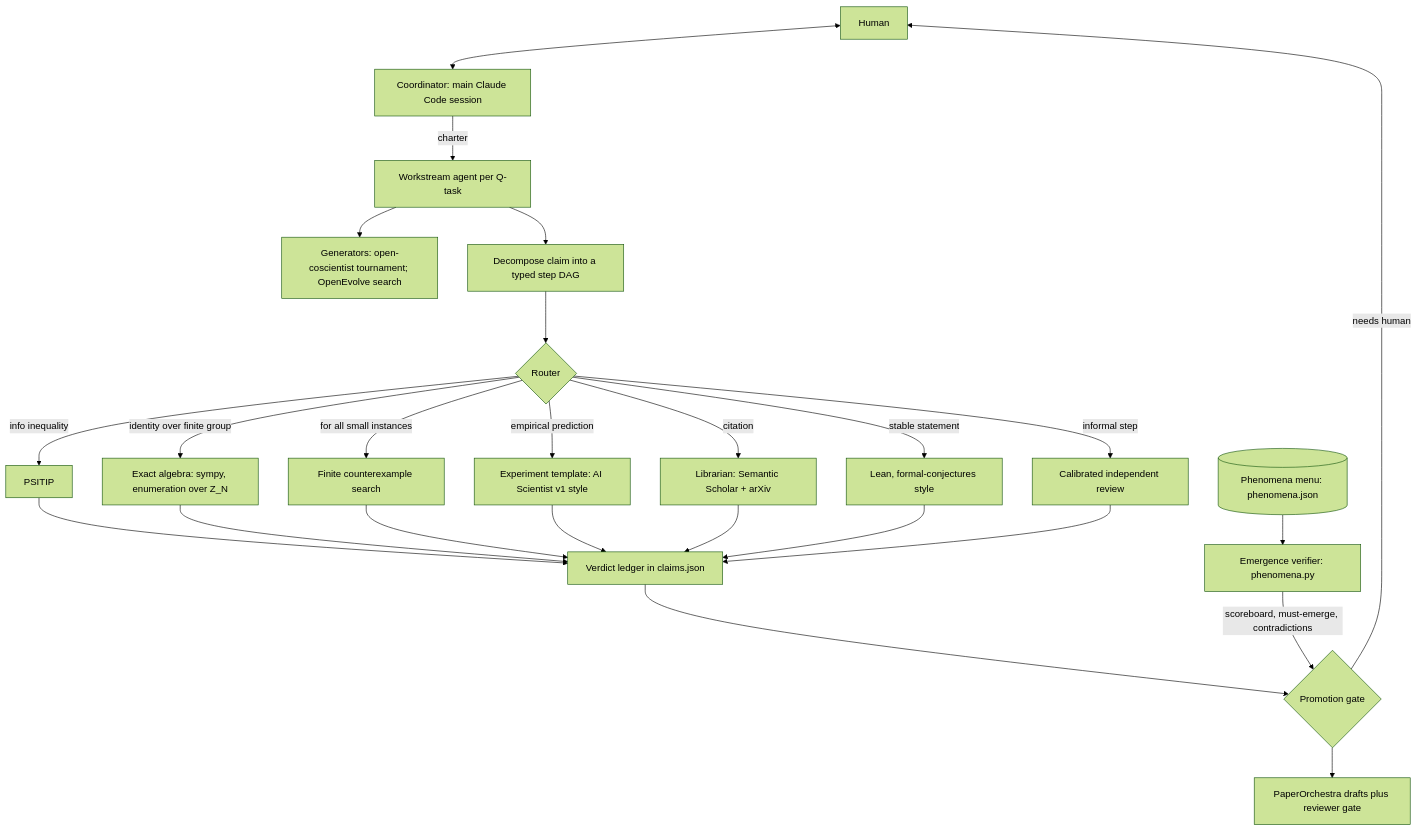
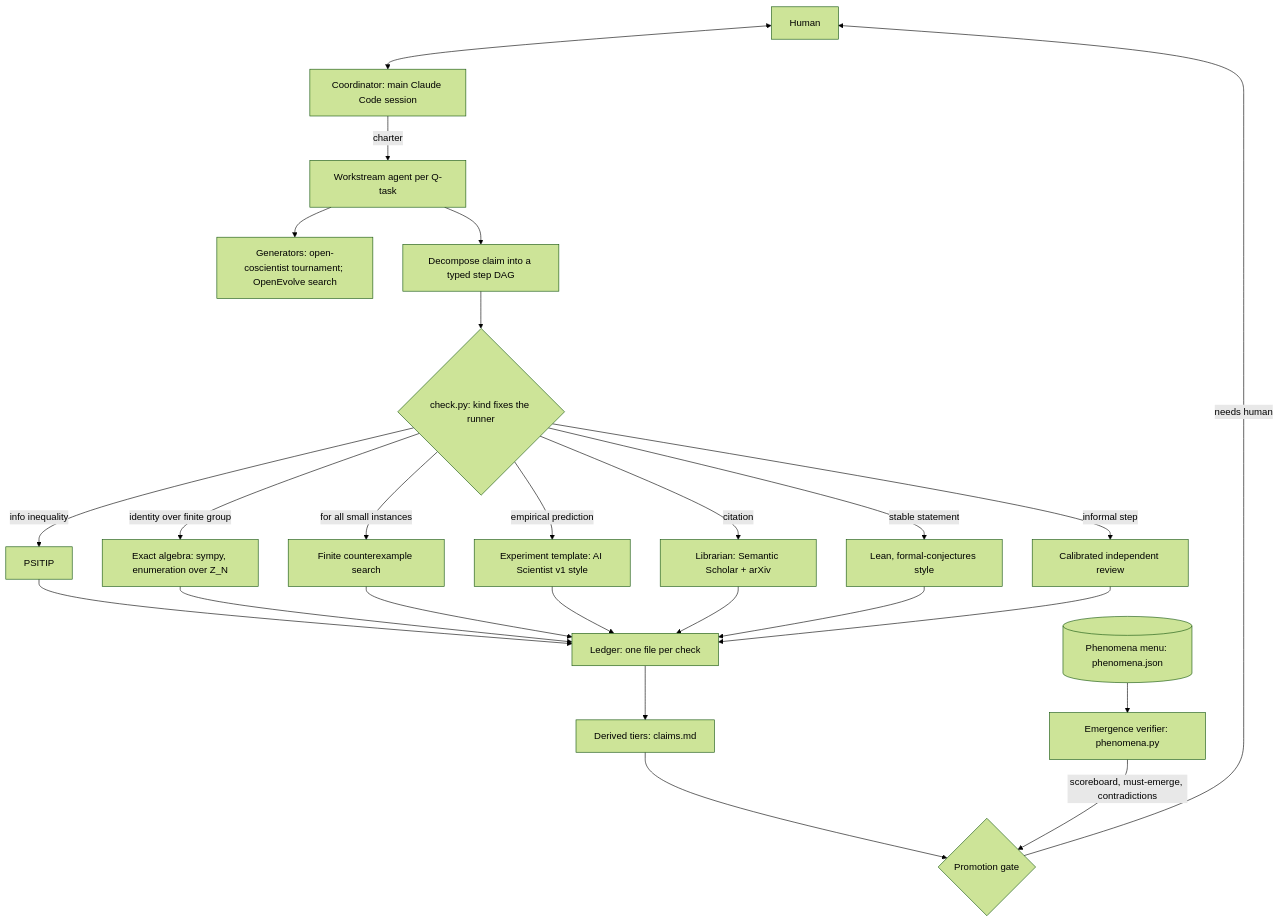
Before and after one commit to sbutner/effective-octo-chainsaw: the diagram in program/harness.md, drawn with Mermaid (forest theme). The commit also changed other lines of this file and 25 other files, not shown here.

First line of the commit message:
Remove PaperOrchestra; harness spec v0.3; research-loop skill

````diff
--- a/program/harness.md
+++ b/program/harness.md
@@ -17,21 +17,21 @@
 ```mermaid
 flowchart TD
   H[Human] <--> CO[Coordinator: main Claude Code session]
   CO -->|charter| WS[Workstream agent per Q-task]
   WS --> GEN[Generators: open-coscientist tournament; OpenEvolve search]
   WS --> DEC[Decompose claim into a typed step DAG]
-  DEC --> RT{Router}
+  DEC --> RT{check.py: kind fixes the runner}
   RT -->|info inequality| PS[PSITIP]
   RT -->|identity over finite group| EX[Exact algebra: sympy, enumeration over Z_N]
   RT -->|"for all small instances"| FS[Finite counterexample search]
   RT -->|empirical prediction| SIM[Experiment template: AI Scientist v1 style]
   RT -->|citation| LIB[Librarian: Semantic Scholar + arXiv]
   RT -->|stable statement| LEAN[Lean, formal-conjectures style]
   RT -->|informal step| REV[Calibrated independent review]
-  PS & EX & FS & SIM & LIB & LEAN & REV --> LED[Verdict ledger in claims.json]
-  LED --> GATE{Promotion gate}
+  PS & EX & FS & SIM & LIB & LEAN & REV --> LED[Ledger: one file per check]
+  LED --> TIER[Derived tiers: claims.md]
+  TIER --> GATE{Promotion gate}
   PH[(Phenomena menu: phenomena.json)] --> EMV[Emergence verifier: phenomena.py]
   EMV -->|scoreboard, must-emerge, contradictions| GATE
   GATE -->|needs human| H
-  GATE --> WR[PaperOrchestra drafts plus reviewer gate]
 ```
````
